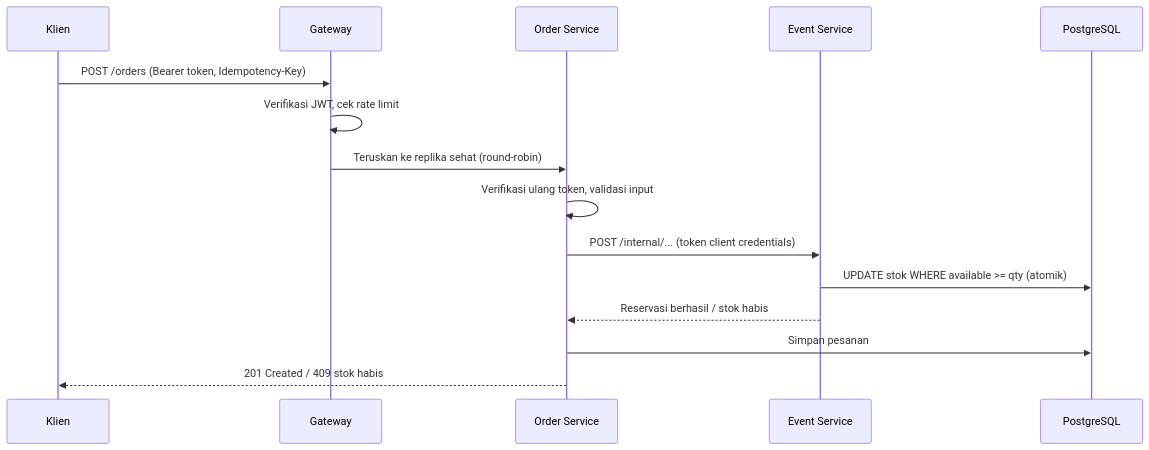
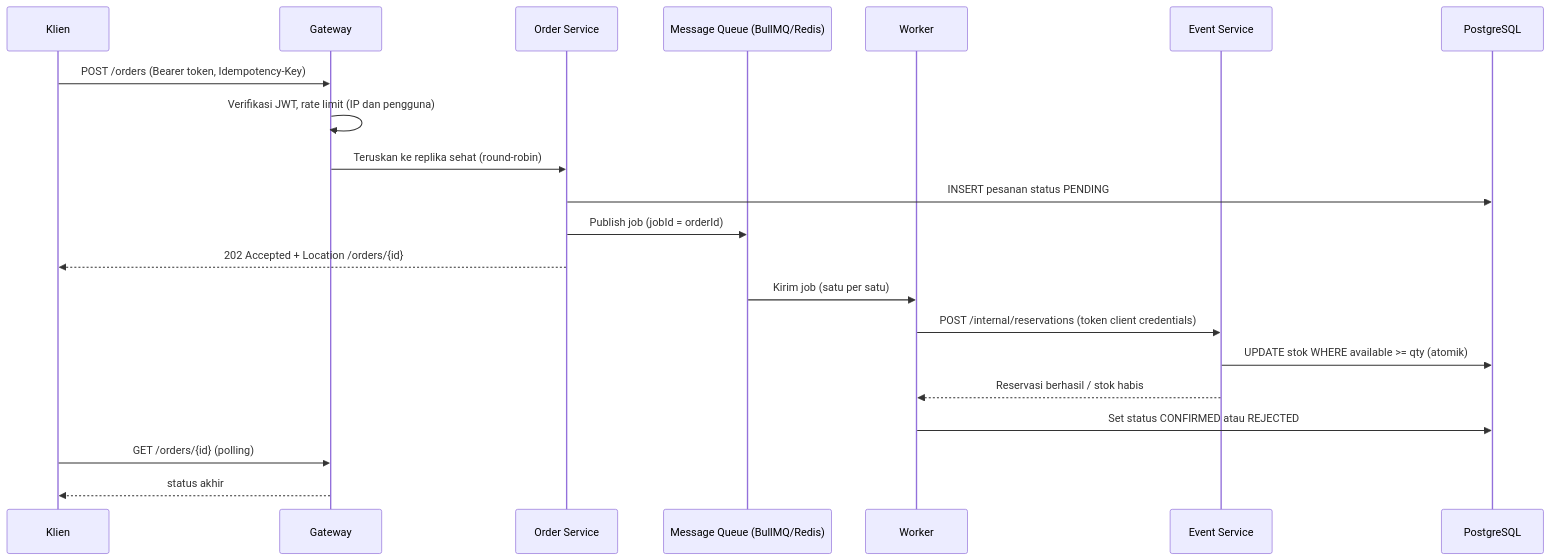
One commit to whosblub/TICKET-EVENT-PLATFORM changed the diagram in README.md. Above: the diagram before and after it, drawn with Mermaid. The commit also changed other lines of this file and 12 other files, not shown here.

Commit message:
Minggu 11: message queue dan worker pemesanan tiket, pembelian bersamaan tidak menghasilkan tiket ganda

````diff
--- a/README.md
+++ b/README.md
@@ -44,17 +45,23 @@
 ```mermaid
 sequenceDiagram
     participant K as Klien
     participant G as Gateway
     participant O as Order Service
+    participant Q as Message Queue (BullMQ/Redis)
+    participant W as Worker
     participant E as Event Service
     participant D as PostgreSQL
     K->>G: POST /orders (Bearer token, Idempotency-Key)
-    G->>G: Verifikasi JWT, cek rate limit
+    G->>G: Verifikasi JWT, rate limit (IP dan pengguna)
     G->>O: Teruskan ke replika sehat (round-robin)
-    O->>O: Verifikasi ulang token, validasi input
-    O->>E: POST /internal/... (token client credentials)
+    O->>D: INSERT pesanan status PENDING
+    O->>Q: Publish job (jobId = orderId)
+    O-->>K: 202 Accepted + Location /orders/{id}
+    Q->>W: Kirim job (satu per satu)
+    W->>E: POST /internal/reservations (token client credentials)
     E->>D: UPDATE stok WHERE available >= qty (atomik)
-    E-->>O: Reservasi berhasil / stok habis
-    O->>D: Simpan pesanan
-    O-->>K: 201 Created / 409 stok habis
+    E-->>W: Reservasi berhasil / stok habis
+    W->>D: Set status CONFIRMED atau REJECTED
+    K->>G: GET /orders/{id} (polling)
+    G-->>K: status akhir
 ```
````
